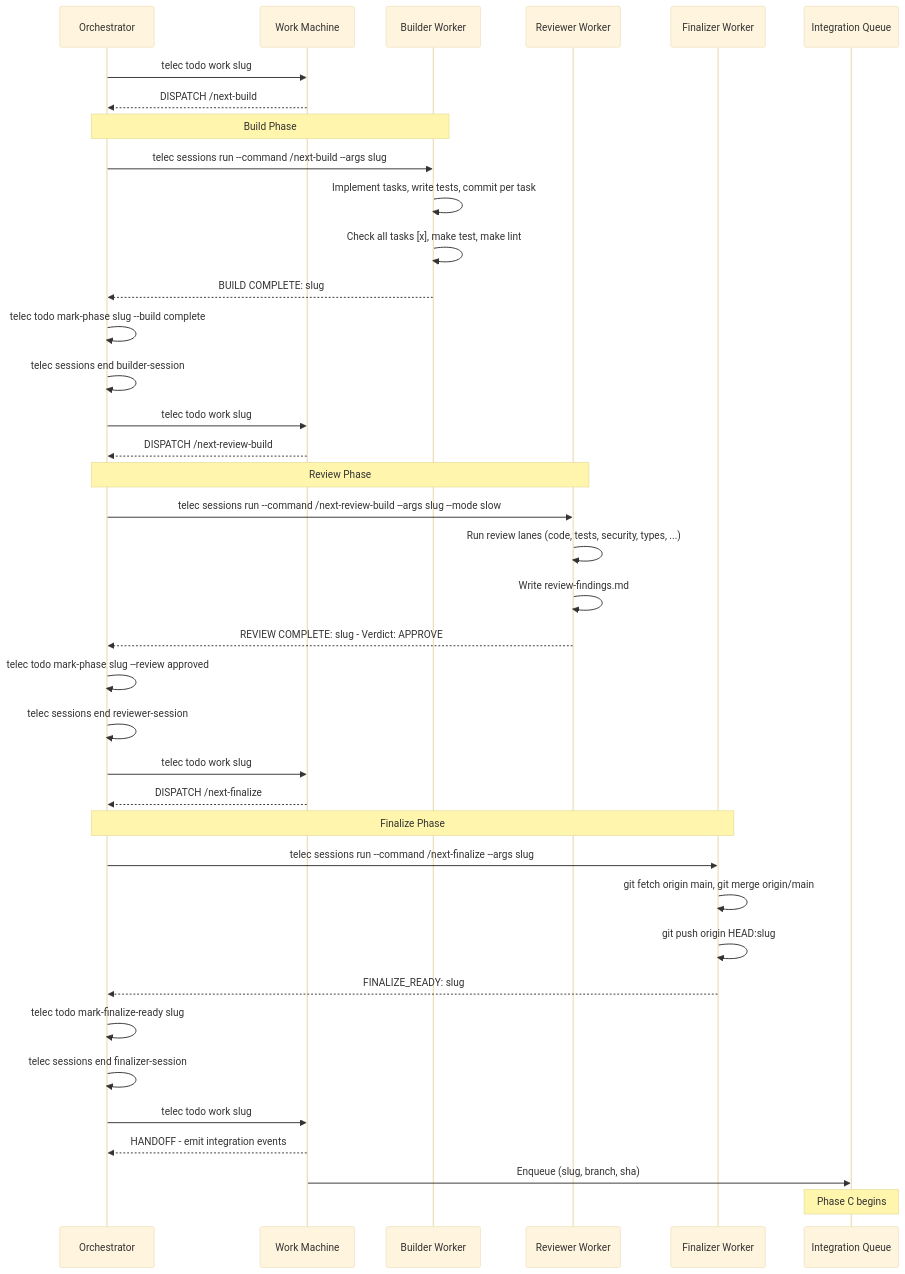
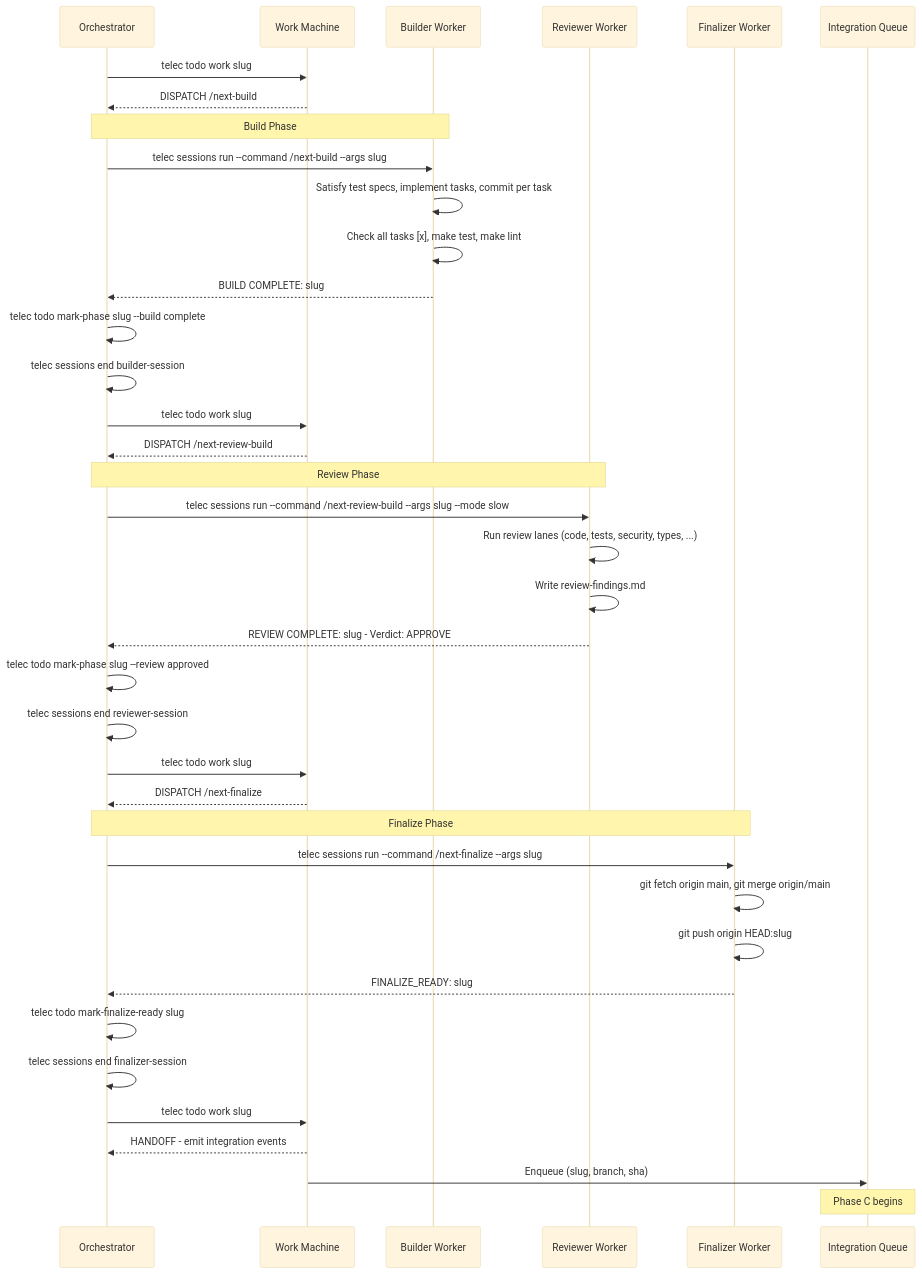
One commit to InstruktAI/TeleClaude changed the fourth of 5 diagrams in docs/project/design/architecture/work-state-machine.md. Above: the diagram before and after it, drawn with Mermaid (base theme). The commit also changed other lines of this file and 156 other files, not shown here.

````diff
--- a/docs/project/design/architecture/work-state-machine.md
+++ b/docs/project/design/architecture/work-state-machine.md
@@ -187,47 +189,47 @@
 ```mermaid
 sequenceDiagram
     participant O as Orchestrator
     participant SM as Work Machine
     participant B as Builder Worker
     participant R as Reviewer Worker
     participant F as Finalizer Worker
     participant I as Integration Queue
 
     O->>SM: telec todo work slug
     SM-->>O: DISPATCH /next-build
 
     Note over O,B: Build Phase
     O->>B: telec sessions run --command /next-build --args slug
-    B->>B: Implement tasks, write tests, commit per task
+    B->>B: Satisfy test specs, implement tasks, commit per task
     B->>B: Check all tasks [x], make test, make lint
     B-->>O: BUILD COMPLETE: slug
     O->>O: telec todo mark-phase slug --build complete
     O->>O: telec sessions end builder-session
 
     O->>SM: telec todo work slug
     SM-->>O: DISPATCH /next-review-build
 
     Note over O,R: Review Phase
     O->>R: telec sessions run --command /next-review-build --args slug --mode slow
     R->>R: Run review lanes (code, tests, security, types, ...)
     R->>R: Write review-findings.md
     R-->>O: REVIEW COMPLETE: slug - Verdict: APPROVE
     O->>O: telec todo mark-phase slug --review approved
     O->>O: telec sessions end reviewer-session
 
     O->>SM: telec todo work slug
     SM-->>O: DISPATCH /next-finalize
 
     Note over O,F: Finalize Phase
     O->>F: telec sessions run --command /next-finalize --args slug
     F->>F: git fetch origin main, git merge origin/main
     F->>F: git push origin HEAD:slug
     F-->>O: FINALIZE_READY: slug
     O->>O: telec todo mark-finalize-ready slug
     O->>O: telec sessions end finalizer-session
 
     O->>SM: telec todo work slug
     SM-->>O: HANDOFF - emit integration events
     SM->>I: Enqueue (slug, branch, sha)
     Note over I: Phase C begins
 ```
````
